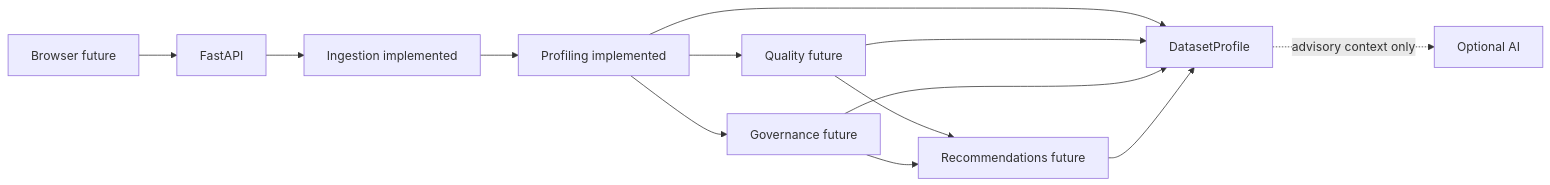
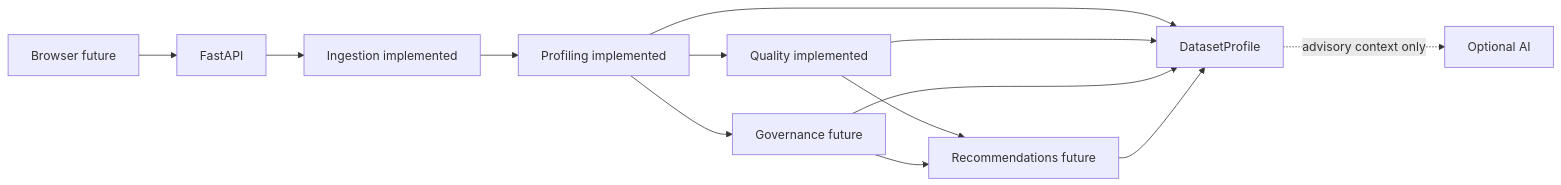
One commit to David-Simon-Soler/Data-Gobernance-Copilot changed the diagram in docs/ARCHITECTURE.md. Above: the diagram before and after it, drawn with Mermaid. The commit also changed other lines of this file and 12 other files, not shown here.

````diff
--- a/docs/ARCHITECTURE.md
+++ b/docs/ARCHITECTURE.md
@@ -7,15 +7,15 @@
 ```mermaid
 flowchart LR
   B[Browser future] --> A[FastAPI]
   A --> I[Ingestion implemented]
   I --> P[Profiling implemented]
-  P --> Q[Quality future]
+  P --> Q[Quality implemented]
   P --> G[Governance future]
   Q --> R[Recommendations future]
   G --> R
   P --> D[DatasetProfile]
   Q --> D
   G --> D
   R --> D
   D -. advisory context only .-> L[Optional AI]
 ```
````
